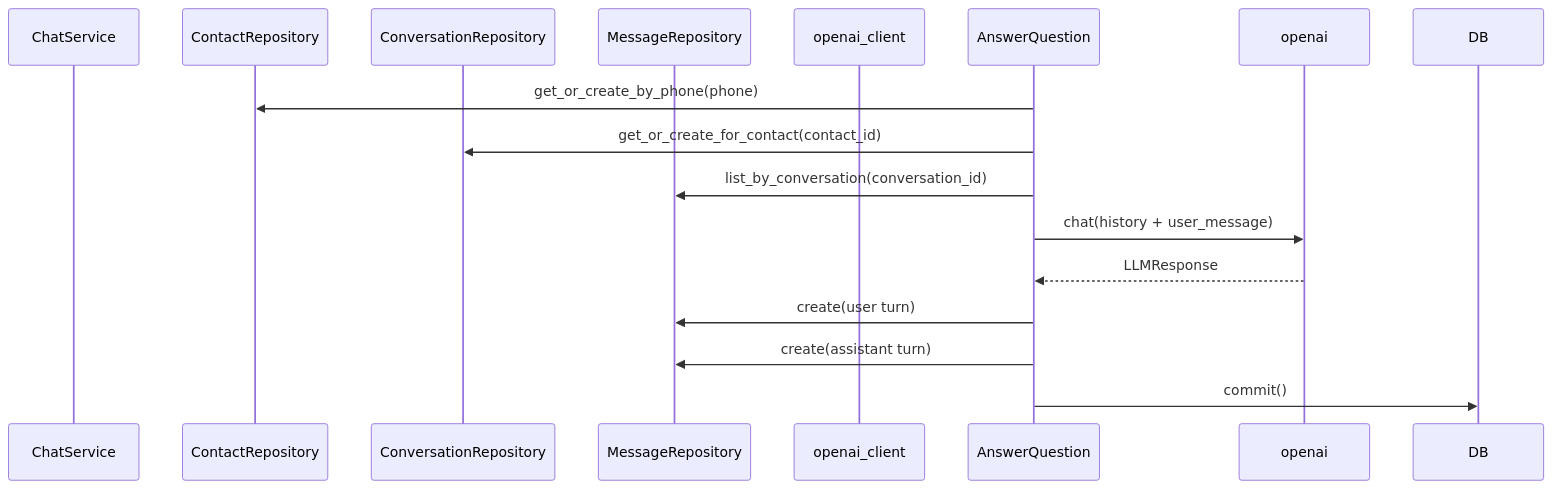
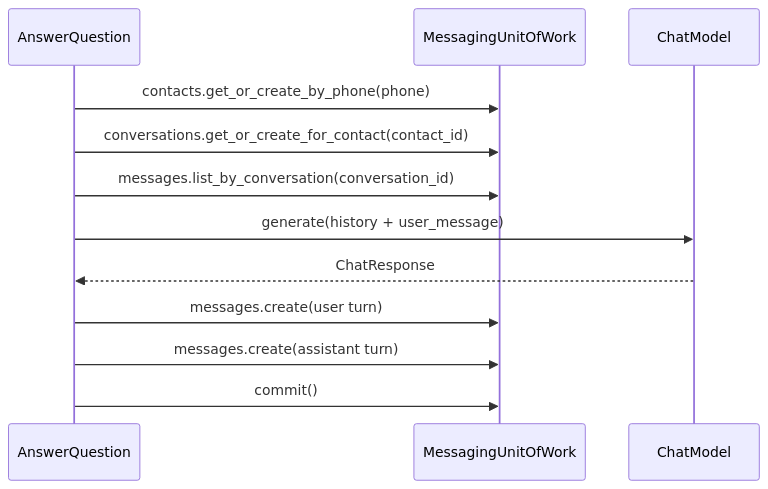
Before and after one commit to camercadop/knowledge-support-ai-agent: the first of 2 diagrams in app/application/support/README.md, drawn with Mermaid. The commit also changed other lines of this file and 5 other files, not shown here.

Commit message:
docs(project): Align READMEs with knowledge features and updated architecture

````diff
--- a/app/application/support/README.md
+++ b/app/application/support/README.md
@@ -13,17 +15,15 @@
 ```mermaid
 sequenceDiagram
-    participant ChatService
-    participant ContactRepository
-    participant ConversationRepository
-    participant MessageRepository
-    participant openai_client
+    participant UC as AnswerQuestion
+    participant UoW as MessagingUnitOfWork
+    participant LLM as ChatModel
 
-    AnswerQuestion->>ContactRepository: get_or_create_by_phone(phone)
-    AnswerQuestion->>ConversationRepository: get_or_create_for_contact(contact_id)
-    AnswerQuestion->>MessageRepository: list_by_conversation(conversation_id)
-    AnswerQuestion->>openai: chat(history + user_message)
-    openai-->>AnswerQuestion: LLMResponse
-    AnswerQuestion->>MessageRepository: create(user turn)
-    AnswerQuestion->>MessageRepository: create(assistant turn)
-    AnswerQuestion->>DB: commit()
+    UC->>UoW: contacts.get_or_create_by_phone(phone)
+    UC->>UoW: conversations.get_or_create_for_contact(contact_id)
+    UC->>UoW: messages.list_by_conversation(conversation_id)
+    UC->>LLM: generate(history + user_message)
+    LLM-->>UC: ChatResponse
+    UC->>UoW: messages.create(user turn)
+    UC->>UoW: messages.create(assistant turn)
+    UC->>UoW: commit()
 ```
````
